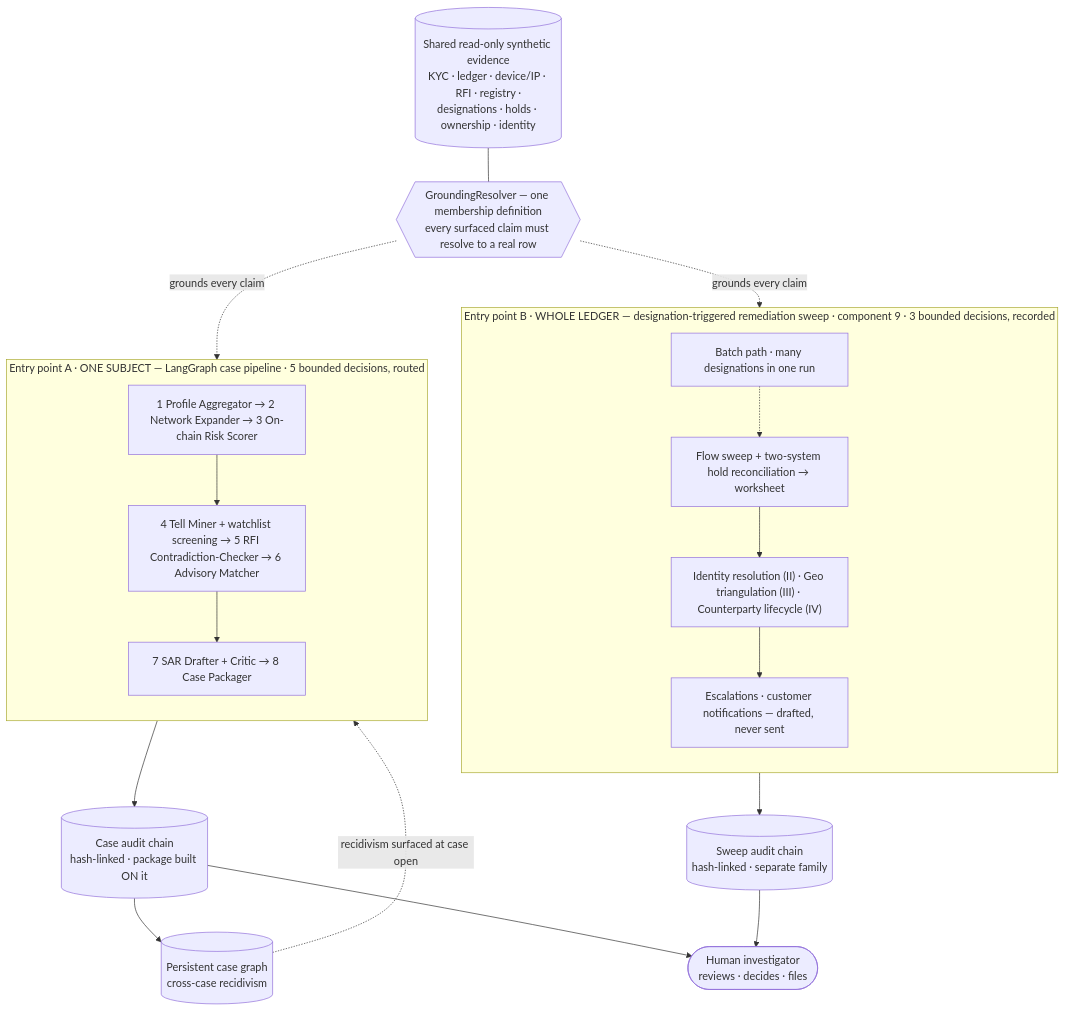
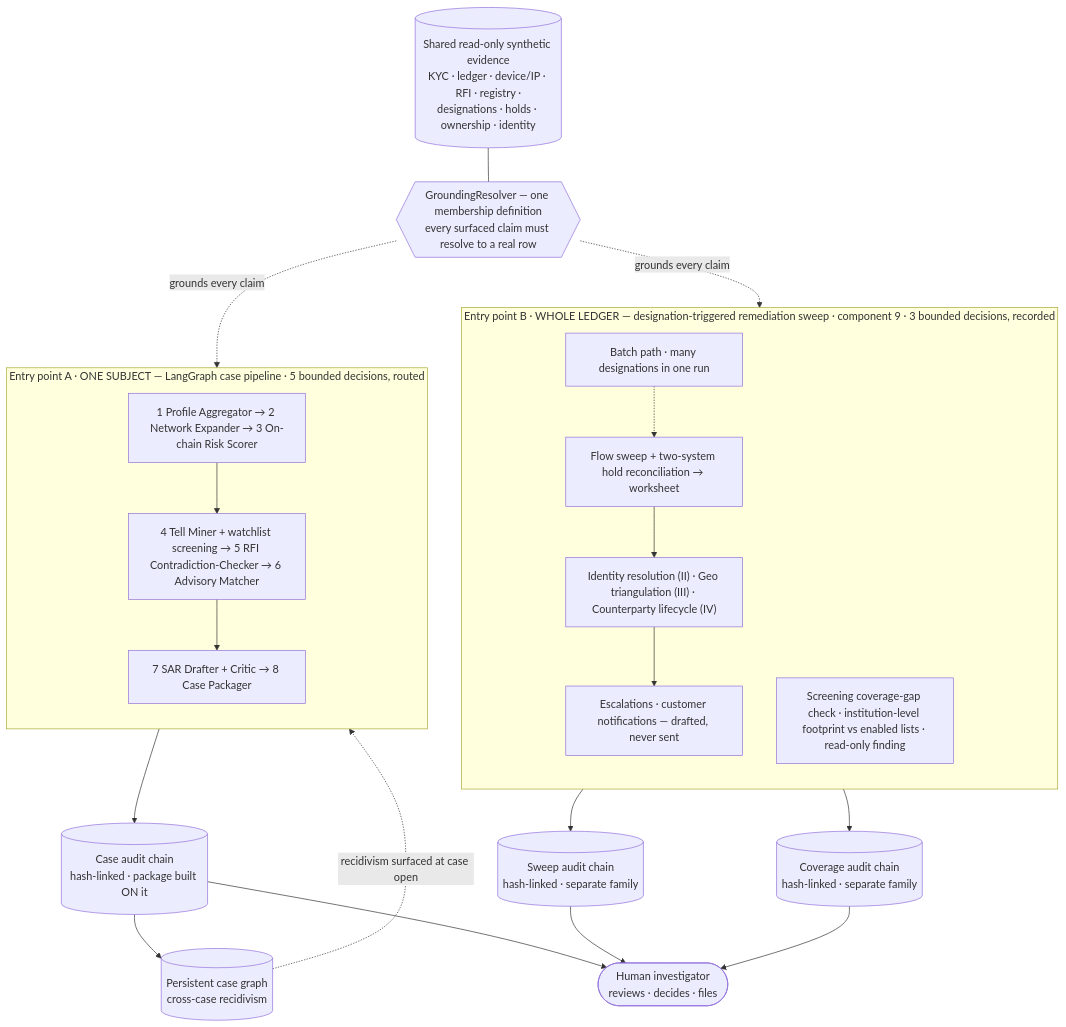
The diagram in README.md (hije-1/okojo), drawn with Mermaid before and after one commit. The commit also changed other lines of this file and 18 other files, not shown here.

````diff
--- a/README.md
+++ b/README.md
@@ -87,34 +89,37 @@
 ```mermaid
 flowchart TD
     EV[("Shared read-only synthetic evidence<br/>KYC · ledger · device/IP · RFI · registry ·<br/>designations · holds · ownership · identity")]
     GR{{"GroundingResolver — one membership definition<br/>every surfaced claim must resolve to a real row"}}
     CG[("Persistent case graph<br/>cross-case recidivism")]
     HUM(["Human investigator<br/>reviews · decides · files"])
 
     EV --- GR
 
     subgraph A["Entry point A · ONE SUBJECT — LangGraph case pipeline · 5 bounded decisions, routed"]
         direction TB
         PA["1 Profile Aggregator → 2 Network Expander → 3 On-chain Risk Scorer"]
         PA --> TM["4 Tell Miner + watchlist screening → 5 RFI Contradiction-Checker → 6 Advisory Matcher"]
         TM --> SAR["7 SAR Drafter + Critic → 8 Case Packager"]
     end
 
     subgraph B["Entry point B · WHOLE LEDGER — designation-triggered remediation sweep · component 9 · 3 bounded decisions, recorded"]
         direction TB
         FLOW["Flow sweep + two-system hold reconciliation → worksheet"]
         FLOW --> STG["Identity resolution (II) · Geo triangulation (III) · Counterparty lifecycle (IV)"]
         STG --> OUT["Escalations · customer notifications — drafted, never sent"]
         BATCH["Batch path · many designations in one run"] -.-> FLOW
+        COV["Screening coverage-gap check · institution-level footprint vs enabled lists · read-only finding"]
     end
 
     GR -. "grounds every claim" .-> A
     GR -. "grounds every claim" .-> B
 
     A --> CAC[("Case audit chain<br/>hash-linked · package built ON it")]
     B --> SAC[("Sweep audit chain<br/>hash-linked · separate family")]
+    COV --> COVC[("Coverage audit chain<br/>hash-linked · separate family")]
     CAC --> CG
     CG -. "recidivism surfaced at case open" .-> A
     CAC --> HUM
     SAC --> HUM
+    COVC --> HUM
 ```
````
